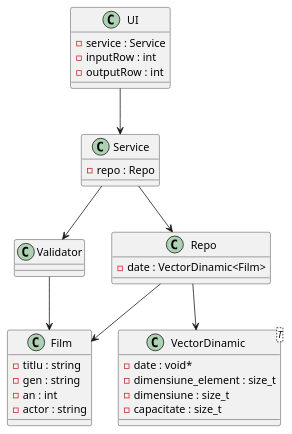
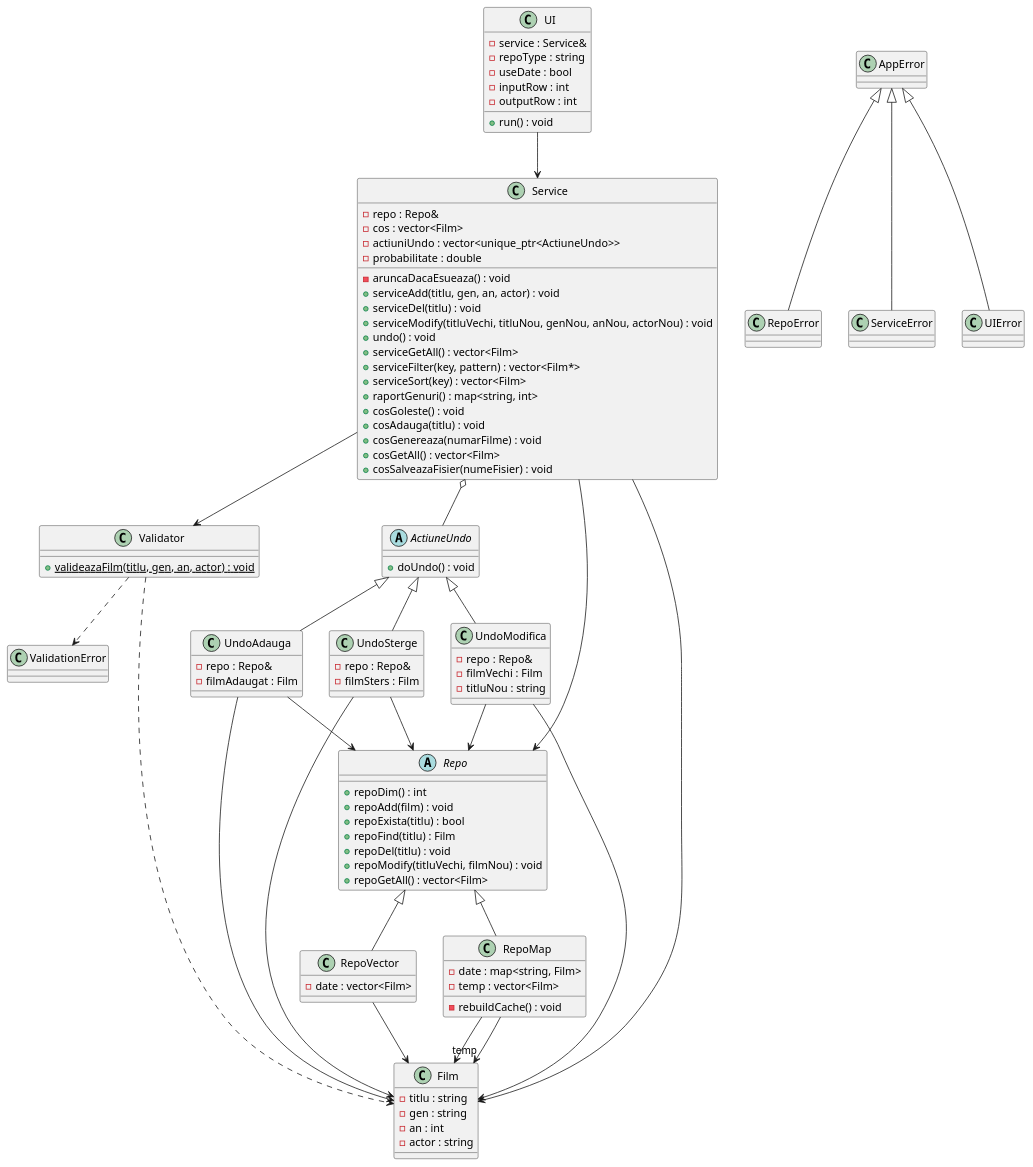
One commit to TudorG22/UBB changed the diagram in OOP/Lab9/diagram.puml. Above: the diagram before and after it, drawn with PlantUML. The commit also changed 11 other files, not shown here.

Commit message:
add: read error rate and save repo to file

```diff
--- a/OOP/Lab9/diagram.puml
+++ b/OOP/Lab9/diagram.puml
@@ -1,40 +1,116 @@
-@startuml Lab6-7
+@startuml Lab9
 
 class Film {
   - titlu : string
   - gen : string
   - an : int
   - actor : string
 }
 
-class Repo {
-  - date : VectorDinamic<Film>
+class AppError
+class RepoError
+class ServiceError
+class UIError
+class ValidationError
+
+class Validator {
+  {static} + valideazaFilm(titlu, gen, an, actor) : void
+}
+
+abstract class Repo {
+  + repoDim() : int
+  + repoAdd(film) : void
+  + repoExista(titlu) : bool
+  + repoFind(titlu) : Film
+  + repoDel(titlu) : void
+  + repoModify(titluVechi, filmNou) : void
+  + repoGetAll() : vector<Film>
+}
+
+class RepoVector {
+  - date : vector<Film>
+}
+
+class RepoMap {
+  - date : map<string, Film>
+  - temp : vector<Film>
+  - rebuildCache() : void
+}
+
+abstract class ActiuneUndo {
+  + doUndo() : void
+}
+
+class UndoAdauga {
+  - repo : Repo&
+  - filmAdaugat : Film
+}
+
+class UndoSterge {
+  - repo : Repo&
+  - filmSters : Film
+}
+
+class UndoModifica {
+  - repo : Repo&
+  - filmVechi : Film
+  - titluNou : string
 }
 
 class Service {
-  - repo : Repo
+  - repo : Repo&
+  - cos : vector<Film>
+  - actiuniUndo : vector<unique_ptr<ActiuneUndo>>
+  - probabilitate : double
+  - aruncaDacaEsueaza() : void
+  + serviceAdd(titlu, gen, an, actor) : void
+  + serviceDel(titlu) : void
+  + serviceModify(titluVechi, titluNou, genNou, anNou, actorNou) : void
+  + undo() : void
+  + serviceGetAll() : vector<Film>
+  + serviceFilter(key, pattern) : vector<Film*>
+  + serviceSort(key) : vector<Film>
+  + raportGenuri() : map<string, int>
+  + cosGoleste() : void
+  + cosAdauga(titlu) : void
+  + cosGenereaza(numarFilme) : void
+  + cosGetAll() : vector<Film>
+  + cosSalveazaFisier(numeFisier) : void
 }
 
 class UI {
-  - service : Service
+  - service : Service&
+  - repoType : string
+  - useDate : bool
   - inputRow : int
   - outputRow : int
+  + run() : void
 }
 
-class Validator
+AppError <|-- RepoError
+AppError <|-- ServiceError
+AppError <|-- UIError
+Repo <|-- RepoVector
+Repo <|-- RepoMap
+ActiuneUndo <|-- UndoAdauga
+ActiuneUndo <|-- UndoSterge
+ActiuneUndo <|-- UndoModifica
 
-class "VectorDinamic<T>" as VectorDinamicT {
-  - date : void*
-  - dimensiune_element : size_t
-  - dimensiune : size_t
-  - capacitate : size_t
-}
-
-Repo --> VectorDinamicT
+RepoVector --> Film
+RepoMap --> Film
+RepoMap --> "temp" Film
+Validator ..> ValidationError
+Validator ..> Film
 Service --> Repo
 Service --> Validator
+Service --> Film
+Service o-- ActiuneUndo
+UndoAdauga --> Repo
+UndoAdauga --> Film
+UndoSterge --> Repo
+UndoSterge --> Film
+UndoModifica --> Repo
+UndoModifica --> Film
 UI --> Service
-Repo --> Film
-Validator --> Film
 
 @enduml
```
